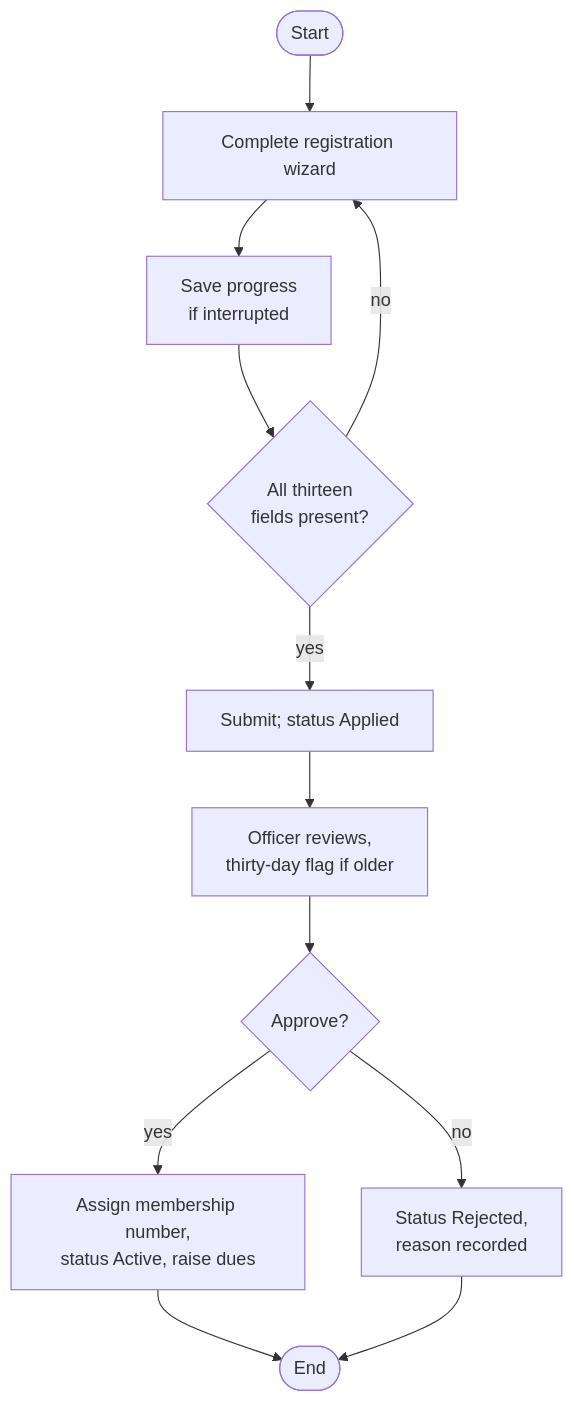
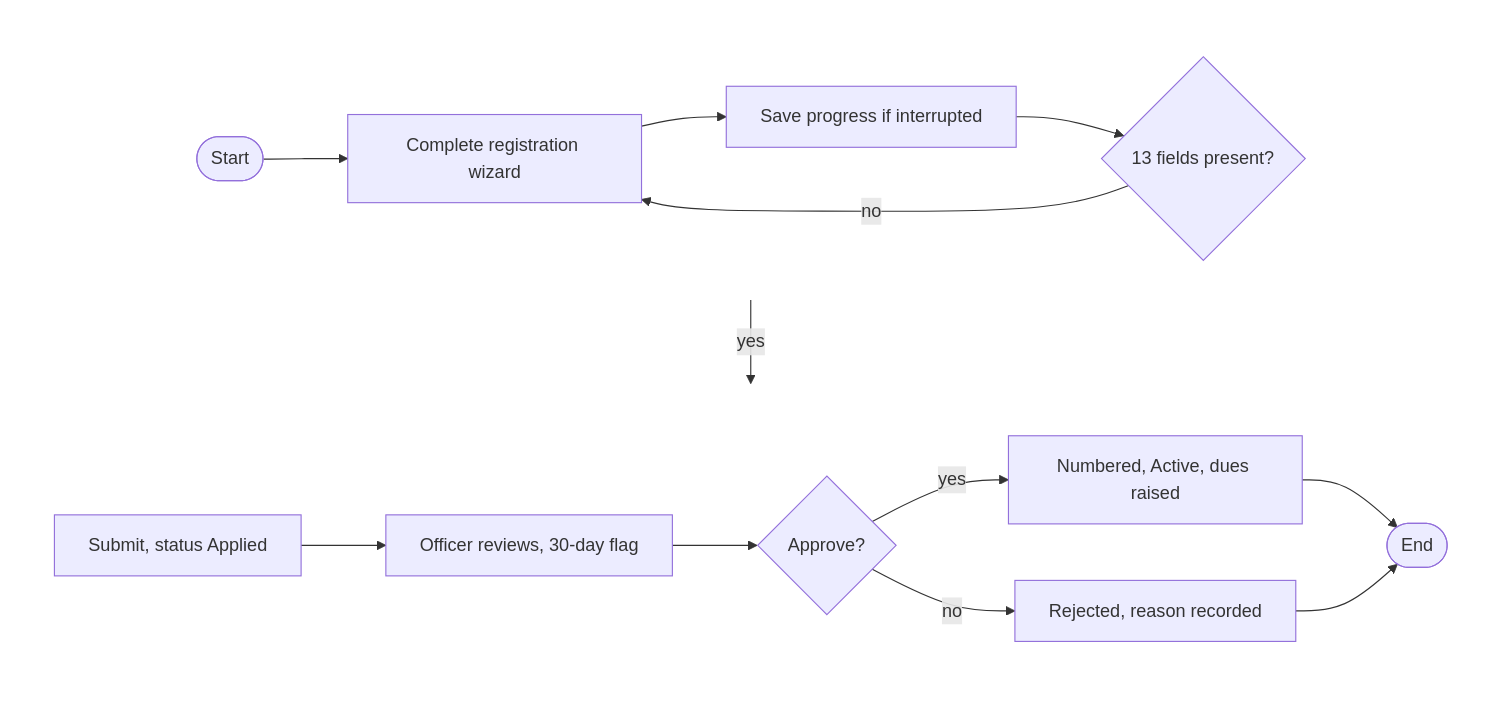
Before and after one commit to shalin-rahman/GHCAA: the sixth of 19 diagrams in docs/book/05-system-analysis.md, drawn with Mermaid. The commit also changed other lines of this file and 42 other files, not shown here.

````diff
--- a/docs/book/05-system-analysis.md
+++ b/docs/book/05-system-analysis.md
@@ -344,14 +349,17 @@
 ```mermaid
 flowchart TB
-    S([Start]) --> A1[Complete registration wizard]
-    A1 --> A2[Save progress<br/>if interrupted]
-    A2 --> A3{All thirteen<br/>fields present?}
-    A3 -->|no| A1
-    A3 -->|yes| A4[Submit; status Applied]
-    A4 --> A5[Officer reviews,<br/>thirty-day flag if older]
-    A5 --> A6{Approve?}
-    A6 -->|yes| A7[Assign membership number,<br/>status Active, raise dues]
-    A6 -->|no| A8[Status Rejected,<br/>reason recorded]
-    A7 --> E([End])
-    A8 --> E
+    subgraph R1[" "]
+      direction LR
+      S([Start]) --> A1[Complete registration wizard] --> A2[Save progress if interrupted] --> A3{13 fields present?}
+      A3 -->|no| A1
+    end
+    subgraph R2[" "]
+      direction LR
+      A4[Submit, status Applied] --> A5[Officer reviews, 30-day flag] --> A6{Approve?}
+      A6 -->|yes| A7[Numbered, Active, dues raised] --> E([End])
+      A6 -->|no| A8[Rejected, reason recorded] --> E
+    end
+    R1 -->|yes| R2
+    style R1 fill:none,stroke:none
+    style R2 fill:none,stroke:none
 ```
````
